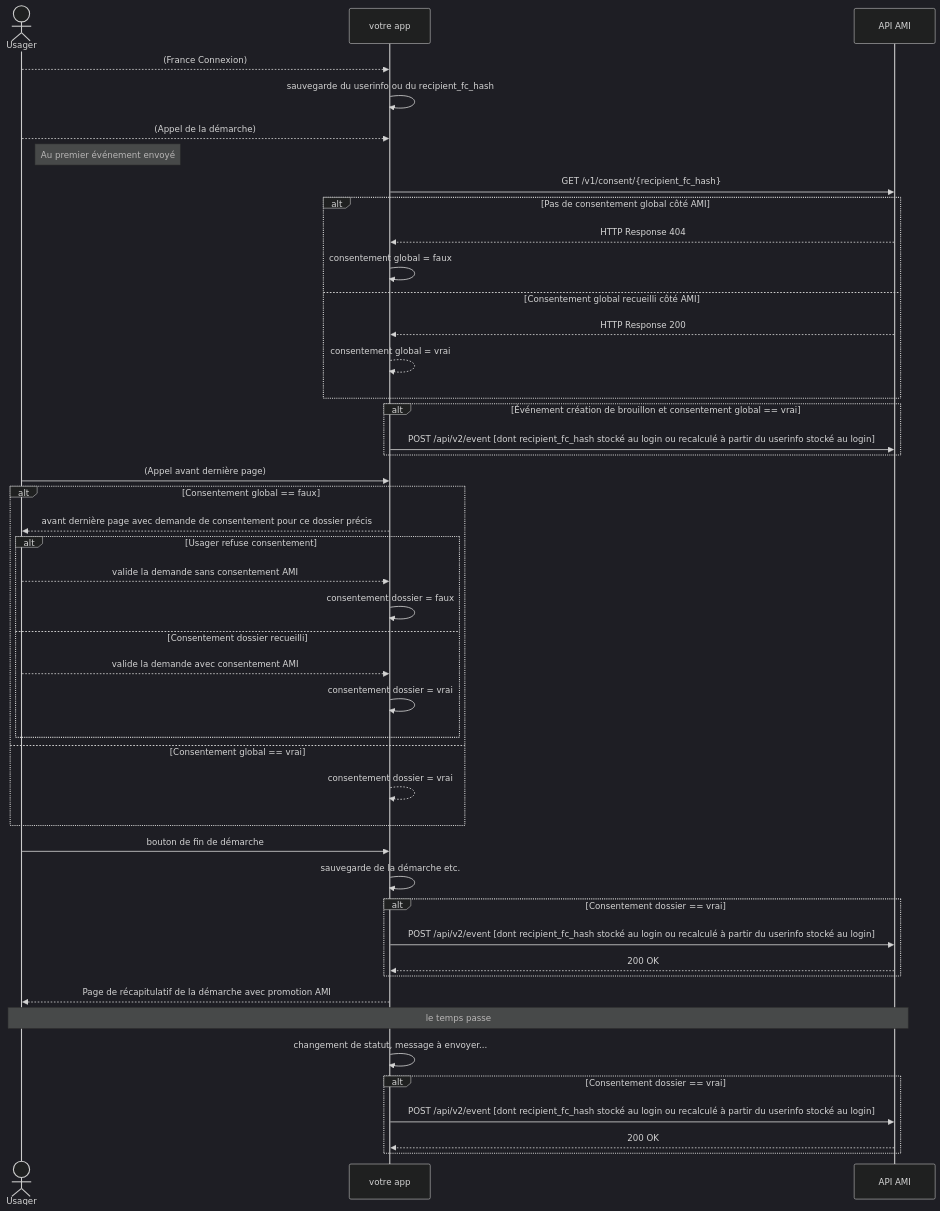
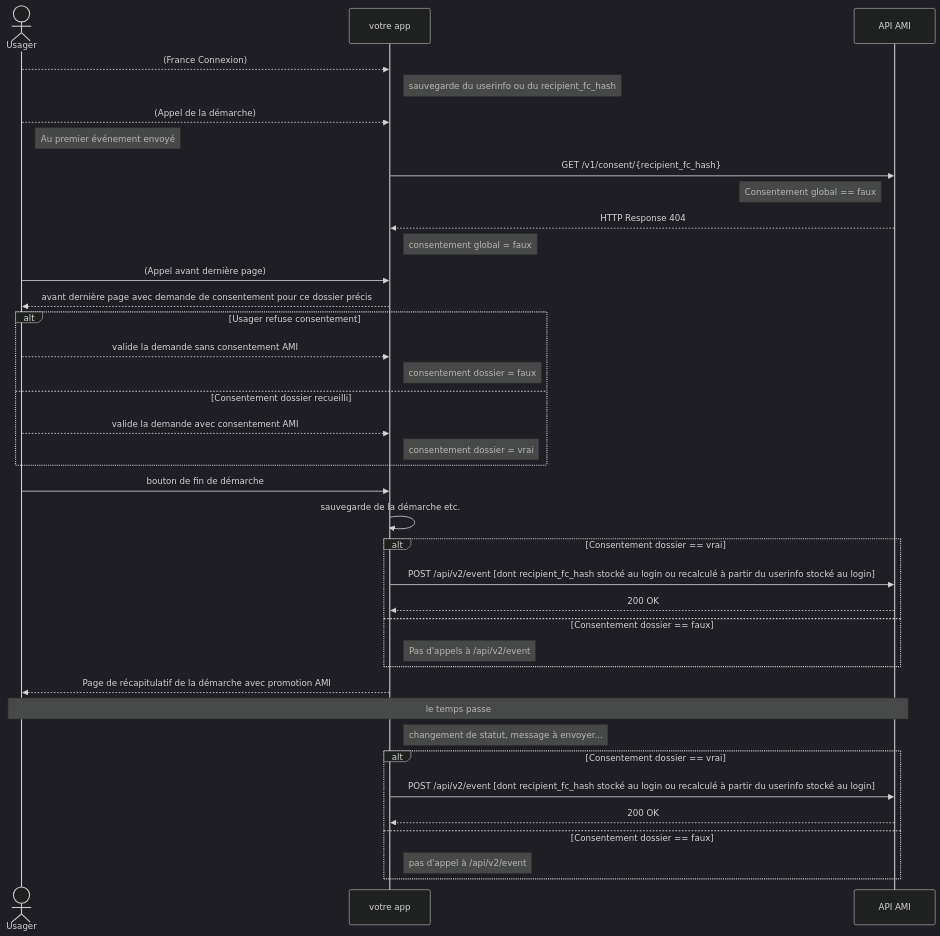
One commit to numerique-gouv/ami-system-tests changed the second of 2 diagrams in docs/intégrations_partenaires/notifications-api.md. Above: the diagram before and after it, drawn with Mermaid (dark theme). The commit also changed other lines of this file, not shown here.

Commit message:
intégration du consentement dans l'API d'événement

````diff
--- a/docs/intégrations_partenaires/notifications-api.md
+++ b/docs/intégrations_partenaires/notifications-api.md
@@ -31,49 +147,42 @@
 ```mermaid
 sequenceDiagram
   actor user as Usager
   participant PTR as votre app
   participant API as API AMI
   
   user -->> PTR: (France Connexion)
-  PTR ->> PTR: sauvegarde du userinfo ou du recipient_fc_hash
+  note right of PTR: sauvegarde du userinfo ou du recipient_fc_hash
   user -->> PTR: (Appel de la démarche)
   note right of user: Au premier événement envoyé
   PTR ->> API: GET /v1/consent/{recipient_fc_hash}
-  alt Pas de consentement global côté AMI
-    API -->> PTR: HTTP Response 404
-    PTR ->> PTR: consentement global = faux
-  else Consentement global recueilli côté AMI
-    API -->> PTR: HTTP Response 200
-    PTR -->> PTR : consentement global = vrai
-  end
-  alt Événement création de brouillon et consentement global == vrai
-    PTR ->> API: POST /api/v2/event [dont recipient_fc_hash stocké au login ou recalculé à partir du userinfo stocké au login]
-  end
+  note left of API: Consentement global == faux
+  API -->> PTR: HTTP Response 404
+  note right of PTR: consentement global = faux
   user ->> PTR: (Appel avant dernière page)
-  alt Consentement global == faux
-    PTR -->> user: avant dernière page avec demande de consentement pour ce dossier précis
-    alt Usager refuse consentement
-       user -->> PTR: valide la demande sans consentement AMI
-       PTR ->> PTR: consentement dossier = faux
-    else Consentement dossier recueilli
+  PTR -->> user: avant dernière page avec demande de consentement pour ce dossier précis
+  alt Usager refuse consentement
+      user -->> PTR: valide la demande sans consentement AMI
+      note right of PTR: consentement dossier = faux
+  else Consentement dossier recueilli
        user -->> PTR: valide la demande avec consentement AMI
-       PTR ->> PTR : consentement dossier = vrai
-    end
-  else Consentement global == vrai
-    PTR -->> PTR : consentement dossier = vrai
+       note right of PTR : consentement dossier = vrai
   end
   user ->> PTR: bouton de fin de démarche
   PTR ->> PTR: sauvegarde de la démarche etc.
   alt Consentement dossier == vrai
     PTR ->> API: POST /api/v2/event [dont recipient_fc_hash stocké au login ou recalculé à partir du userinfo stocké au login]
     API -->> PTR: 200 OK
+  else Consentement dossier == faux
+    note right of PTR: Pas d'appels à /api/v2/event
   end
   PTR -->> user: Page de récapitulatif de la démarche avec promotion AMI
 
 note over user, API : le temps passe 
-    PTR ->> PTR: changement de statut, message à envoyer...
+  note right of PTR: changement de statut, message à envoyer...
   alt Consentement dossier == vrai
     PTR ->> API: POST /api/v2/event [dont recipient_fc_hash stocké au login ou recalculé à partir du userinfo stocké au login]
     API -->> PTR: 200 OK
+  else Consentement dossier == faux
+    note right of PTR: pas d'appel à /api/v2/event
   end
 ```
````
